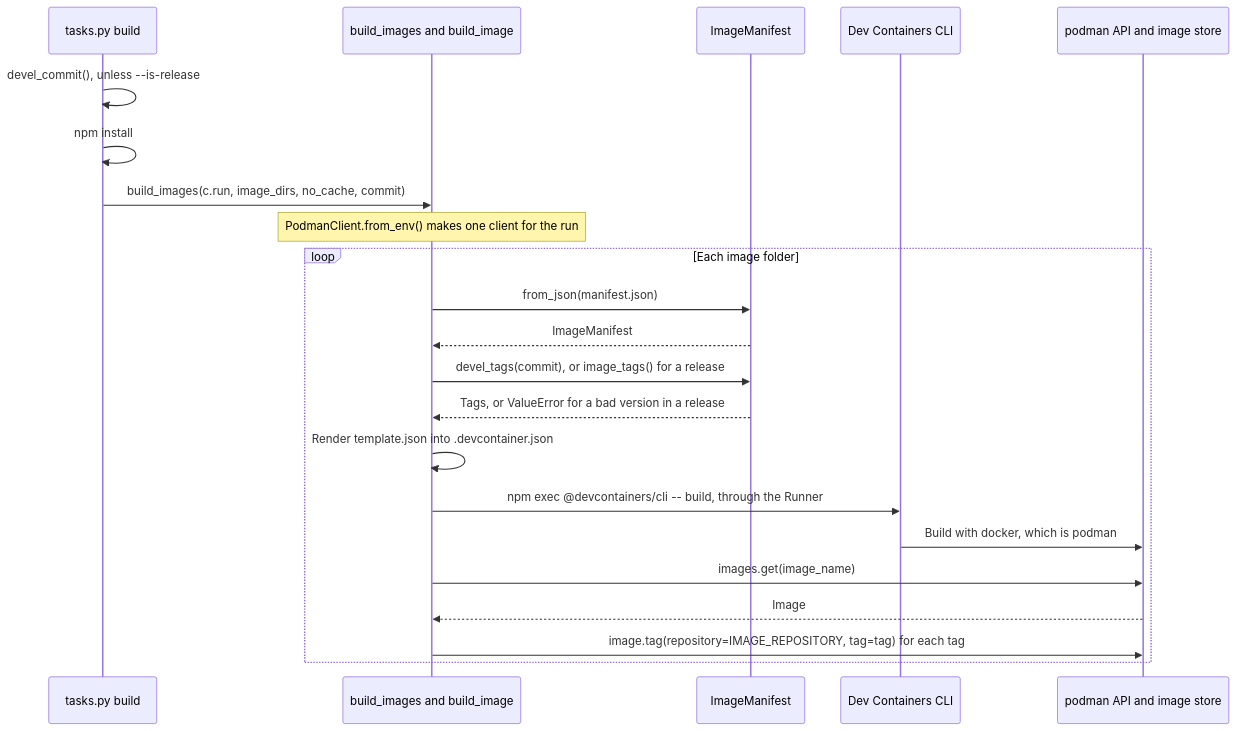
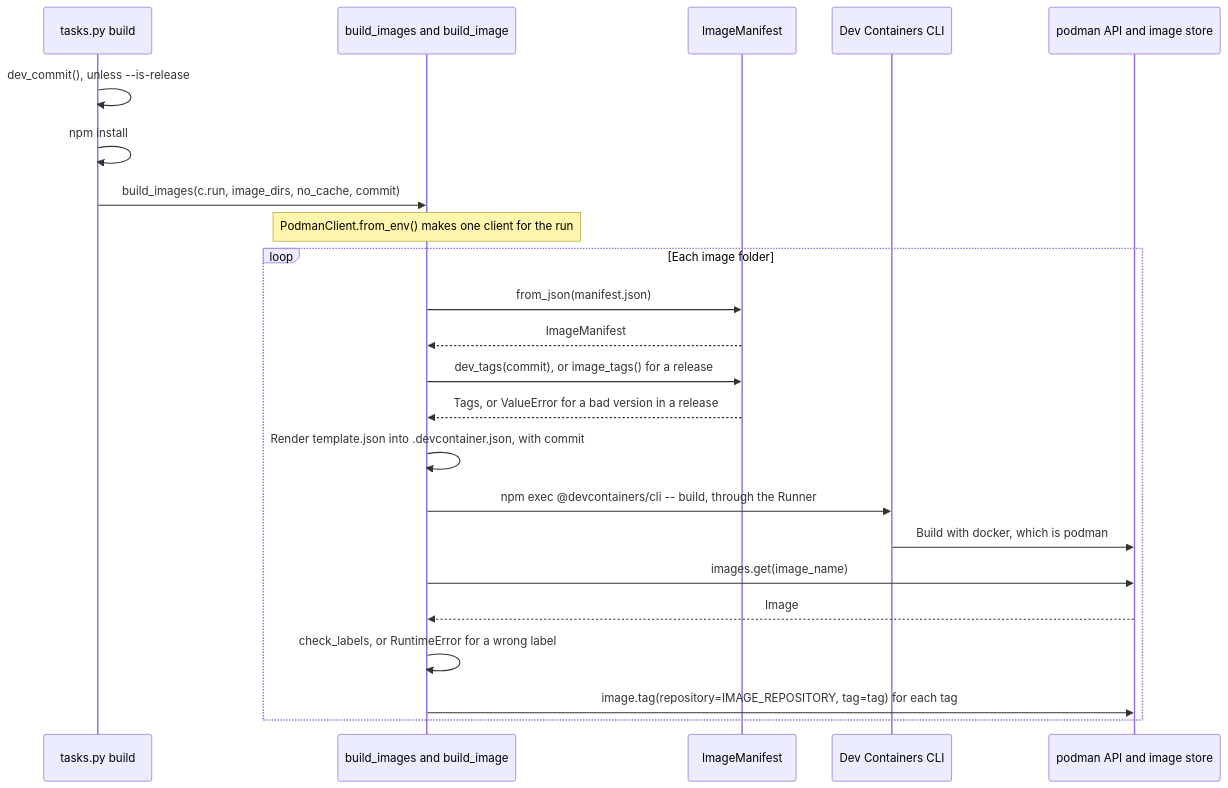
Before and after one commit to froazin/devcontainers: the diagram in docs/container-images/builds.md, drawn with Mermaid. The commit also changed other lines of this file and 22 other files, not shown here.

First line of the commit message:
feat(images): Name dev builds <tag>-dev and add OCI labels

````diff
--- a/docs/container-images/builds.md
+++ b/docs/container-images/builds.md
@@ -30,26 +30,27 @@
 ```mermaid
 sequenceDiagram
     accTitle: Building and tagging the images
-    accDescr: Unless it's given --is-release, the build task in tasks.py reads the checked out commit's short SHA, and whether the working tree is dirty, with pygit2. It then runs npm install, then calls build_images, which makes one podman client. For each image folder, build_image loads the manifest and works out its devel tags or, for a release, its version tags, renders .devcontainer.json and runs the Dev Containers CLI through the Runner. The CLI builds with docker, which is podman. build_image then gets the built image from podman and tags it once for each tag.
+    accDescr: Unless it's given --is-release, the build task in tasks.py reads the checked out commit's short SHA, and whether the working tree is dirty, with pygit2. It then runs npm install, then calls build_images, which makes one podman client. For each image folder, build_image loads the manifest and works out its dev tags or, for a release, its version tags. It renders .devcontainer.json, with the label values as build arguments, and runs the Dev Containers CLI through the Runner. The CLI builds with docker, which is podman. build_image then gets the built image from podman, checks its labels and tags it once for each tag.
     participant task as tasks.py build
     participant build as build_images and build_image
     participant manifest as ImageManifest
     participant cli as Dev Containers CLI
     participant podman as podman API and image store
-    task->>task: devel_commit(), unless --is-release
+    task->>task: dev_commit(), unless --is-release
     task->>task: npm install
     task->>build: build_images(c.run, image_dirs, no_cache, commit)
     Note over build: PodmanClient.from_env() makes one client for the run
     loop Each image folder
         build->>manifest: from_json(manifest.json)
         manifest-->>build: ImageManifest
-        build->>manifest: devel_tags(commit), or image_tags() for a release
+        build->>manifest: dev_tags(commit), or image_tags() for a release
         manifest-->>build: Tags, or ValueError for a bad version in a release
-        build->>build: Render template.json into .devcontainer.json
+        build->>build: Render template.json into .devcontainer.json, with commit
         build->>cli: npm exec @devcontainers/cli -- build, through the Runner
         cli->>podman: Build with docker, which is podman
         build->>podman: images.get(image_name)
         podman-->>build: Image
+        build->>build: check_labels, or RuntimeError for a wrong label
         build->>podman: image.tag(repository=IMAGE_REPOSITORY, tag=tag) for each tag
     end
 ```
````
